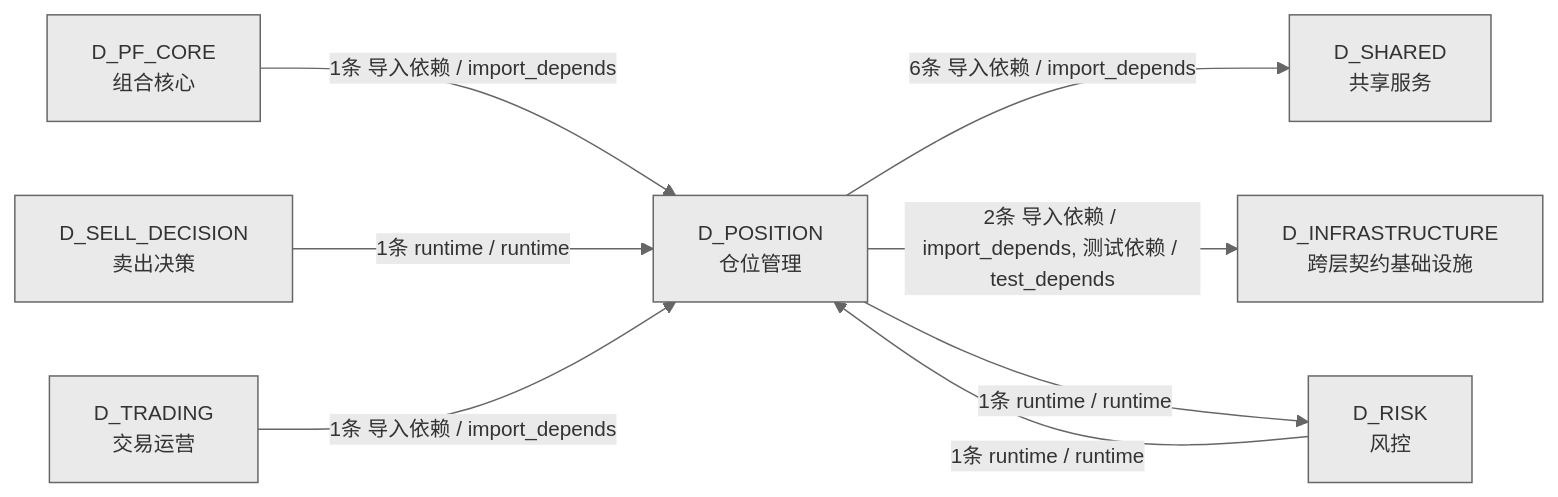
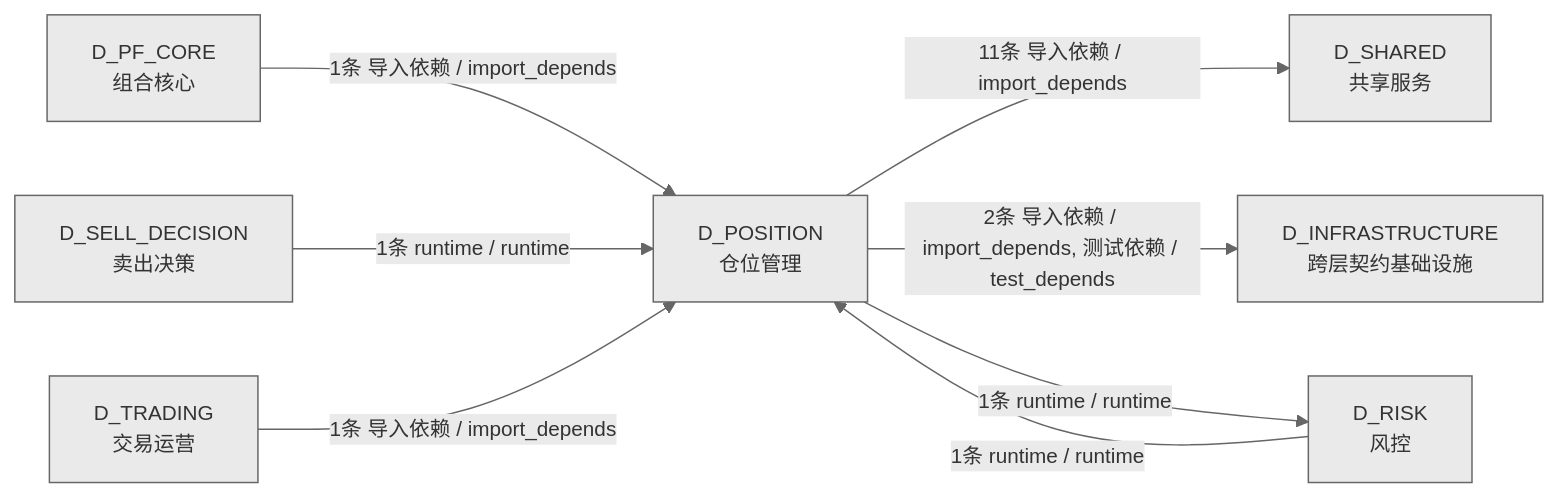
Before and after one commit to xuanFelixVan/ZephyrAlpha: the third of 3 diagrams in docs/02_enterprise_architecture/02_domain_architecture_docs/64_d_position.md, drawn with Mermaid. The commit also changed other lines of this file and 40 other files, not shown here.

````diff
--- a/docs/02_enterprise_architecture/02_domain_architecture_docs/64_d_position.md
+++ b/docs/02_enterprise_architecture/02_domain_architecture_docs/64_d_position.md
@@ -194,18 +211,18 @@
 ```mermaid
 %%{init: {'theme': 'base', 'themeVariables': {'primaryColor': '#eaeaea', 'primaryTextColor': '#333333', 'primaryBorderColor': '#666666', 'lineColor': '#666666', 'secondaryColor': '#eaeaea', 'tertiaryColor': '#eaeaea', 'fontSize': '14px'}}}%%
 graph LR
     D_POSITION["D_POSITION<br/>仓位管理"]
     D_SHARED["D_SHARED<br/>共享服务"]
     D_INFRASTRUCTURE["D_INFRASTRUCTURE<br/>跨层契约基础设施"]
     D_RISK["D_RISK<br/>风控"]
     D_PF_CORE["D_PF_CORE<br/>组合核心"]
     D_SELL_DECISION["D_SELL_DECISION<br/>卖出决策"]
     D_TRADING["D_TRADING<br/>交易运营"]
-    D_POSITION -->|6条 导入依赖 / import_depends| D_SHARED
+    D_POSITION -->|11条 导入依赖 / import_depends| D_SHARED
     D_POSITION -->|2条 导入依赖 / import_depends, 测试依赖 / test_depends| D_INFRASTRUCTURE
     D_POSITION -->|1条 runtime / runtime| D_RISK
     D_PF_CORE -->|1条 导入依赖 / import_depends| D_POSITION
     D_RISK -->|1条 runtime / runtime| D_POSITION
     D_SELL_DECISION -->|1条 runtime / runtime| D_POSITION
     D_TRADING -->|1条 导入依赖 / import_depends| D_POSITION
 ```
````
